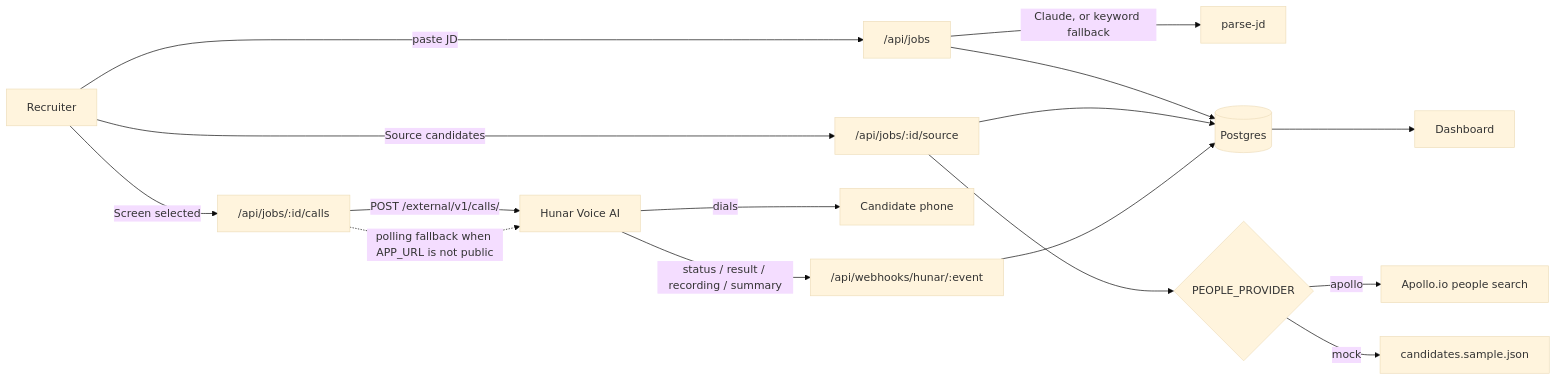
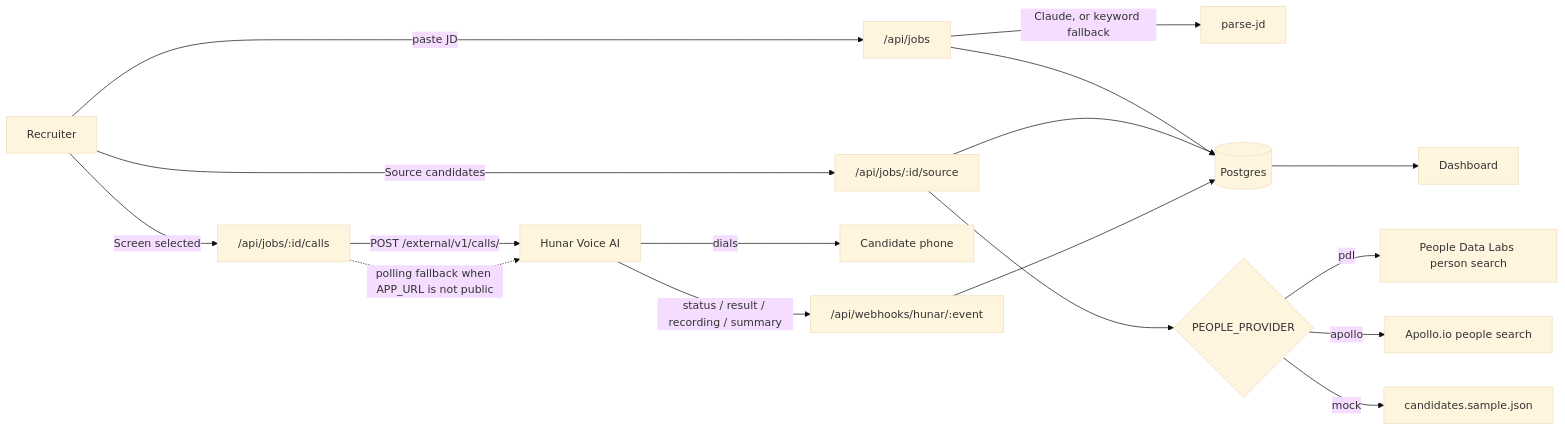
The diagram in README.md (anshikmantri77/ai-hiring-assistant), drawn with Mermaid (base theme) before and after one commit. The commit also changed other lines of this file and 2 other files, not shown here.

First line of the commit message:
Add People Data Labs as a real sourcing provider

````diff
--- a/README.md
+++ b/README.md
@@ -15,20 +15,21 @@
 ```mermaid
 flowchart LR
   U[Recruiter] -->|paste JD| A["/api/jobs"]
   A -->|Claude, or keyword fallback| P[parse-jd]
   A --> DB[(Postgres)]
 
   U -->|Source candidates| S["/api/jobs/:id/source"]
   S --> PS{PEOPLE_PROVIDER}
+  PS -->|pdl| PD[People Data Labs person search]
   PS -->|apollo| AP[Apollo.io people search]
   PS -->|mock| MK[candidates.sample.json]
   S --> DB
 
   U -->|Screen selected| C["/api/jobs/:id/calls"]
   C -->|POST /external/v1/calls/| H[Hunar Voice AI]
   H -->|dials| CAND[Candidate phone]
   H -->|status / result / recording / summary| W["/api/webhooks/hunar/:event"]
   W --> DB
   C -.->|polling fallback when APP_URL is not public| H
   DB --> D[Dashboard]
 ```
````
